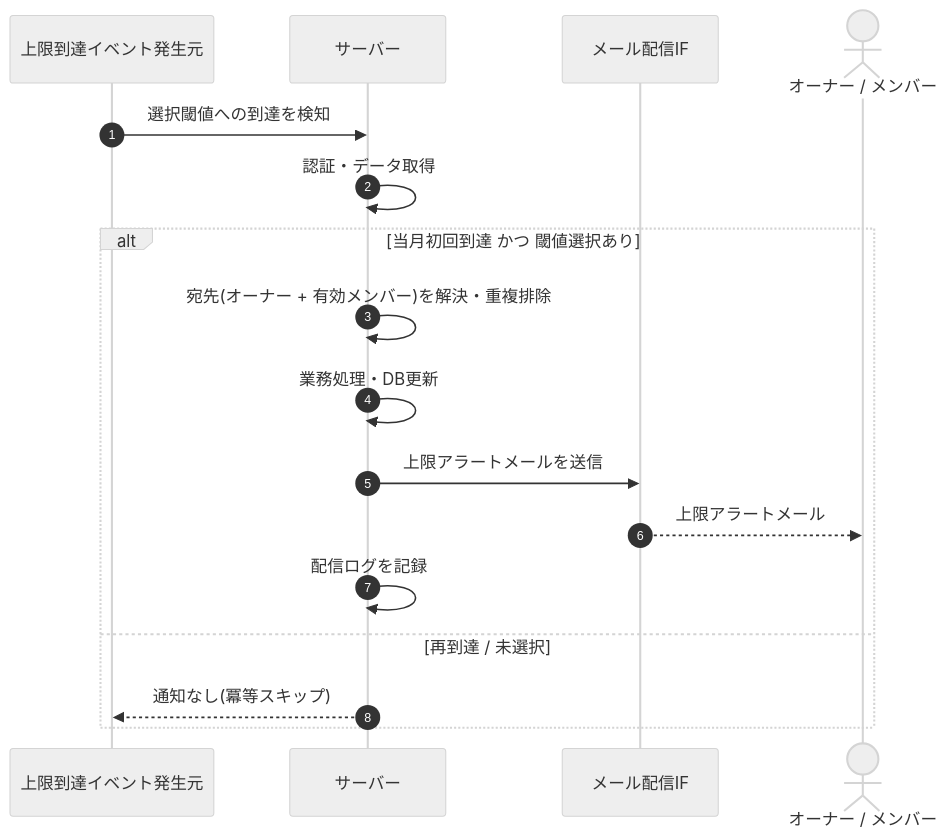
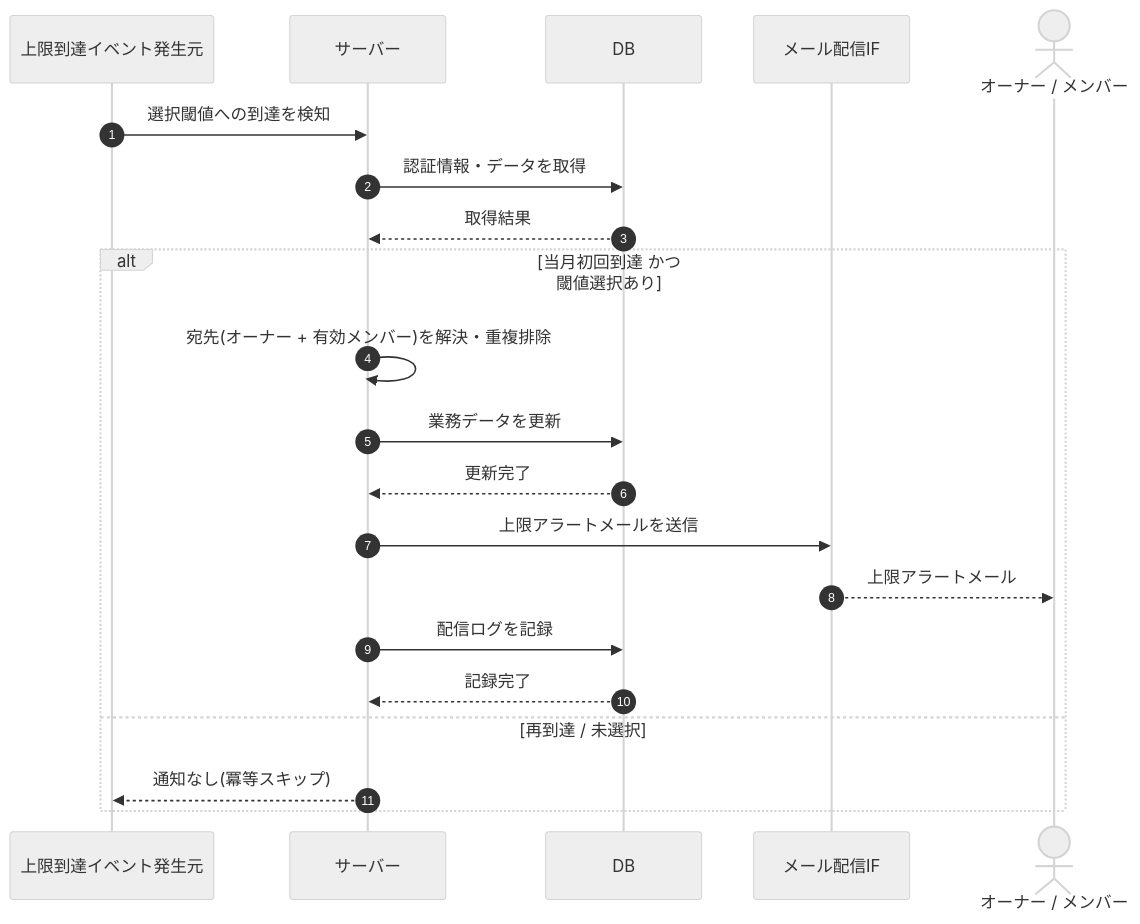
The diagram in 02_basic_design/03_sequences/SEQ-097.md (sikakou54/open-faq), drawn with Mermaid (neutral theme) before and after one commit. The commit also changed other lines of this file and 122 other files, not shown here.

First line of the commit message:
シーケンス図に DB アクターを追加(DB 操作をサーバー自己メッセージから分離)

````diff
--- a/02_basic_design/03_sequences/SEQ-097.md
+++ b/02_basic_design/03_sequences/SEQ-097.md
@@ -26,19 +26,23 @@
 ```mermaid
 sequenceDiagram
   autonumber
   participant G as 上限到達イベント発生元
   participant Server as サーバー
+  participant DB as DB
   participant MAIL as メール配信IF
   actor U as オーナー / メンバー
   G->>Server: 選択閾値への到達を検知
-  Server->>Server: 認証・データ取得
+  Server->>DB: 認証情報・データを取得
+  DB-->>Server: 取得結果
   alt 当月初回到達 かつ 閾値選択あり
     Server->>Server: 宛先(オーナー + 有効メンバー)を解決・重複排除
-    Server->>Server: 業務処理・DB更新
+    Server->>DB: 業務データを更新
+    DB-->>Server: 更新完了
     Server->>MAIL: 上限アラートメールを送信
     MAIL-->>U: 上限アラートメール
-    Server->>Server: 配信ログを記録
+    Server->>DB: 配信ログを記録
+    DB-->>Server: 記録完了
   else 再到達 / 未選択
     Server-->>G: 通知なし(冪等スキップ)
   end
 ```
````
